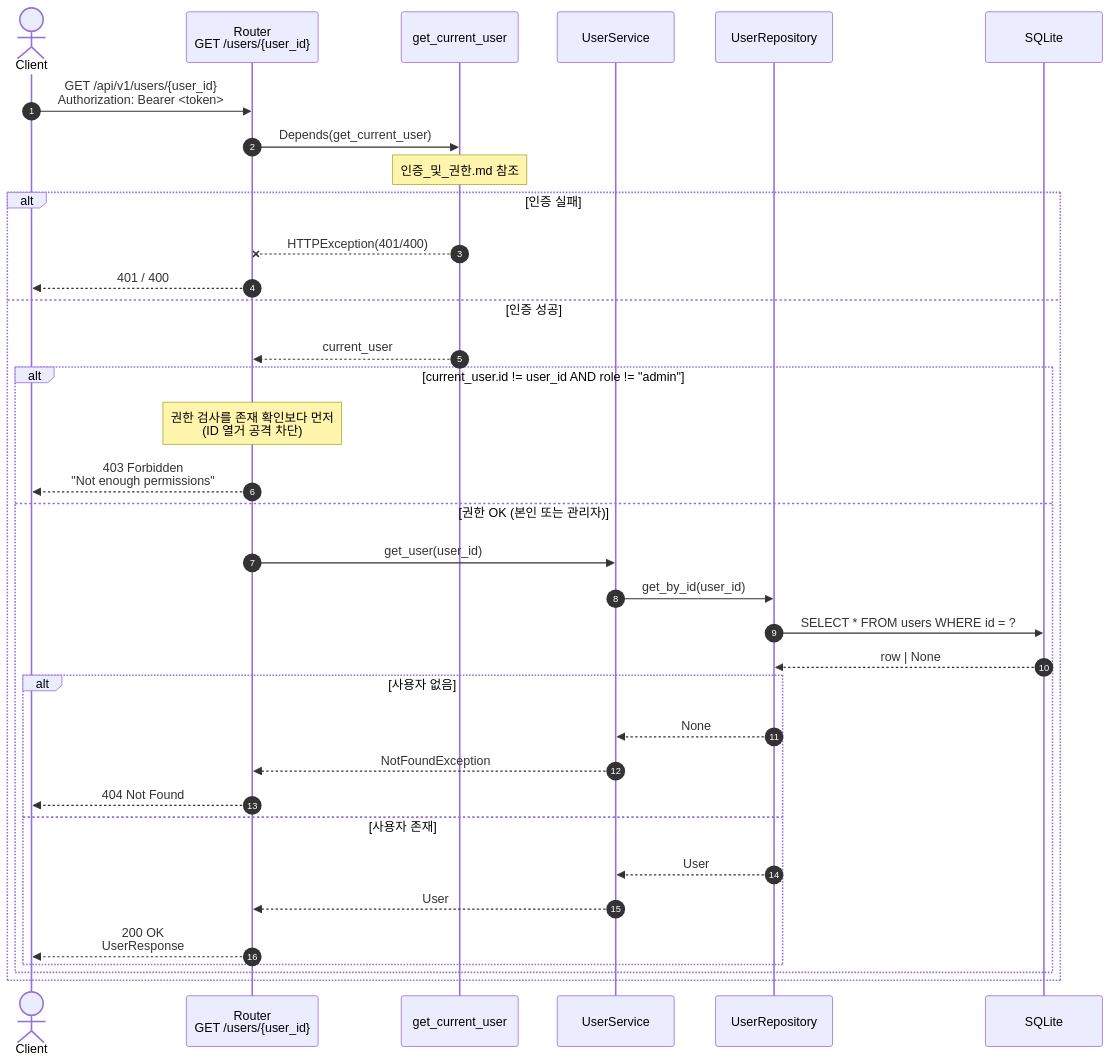
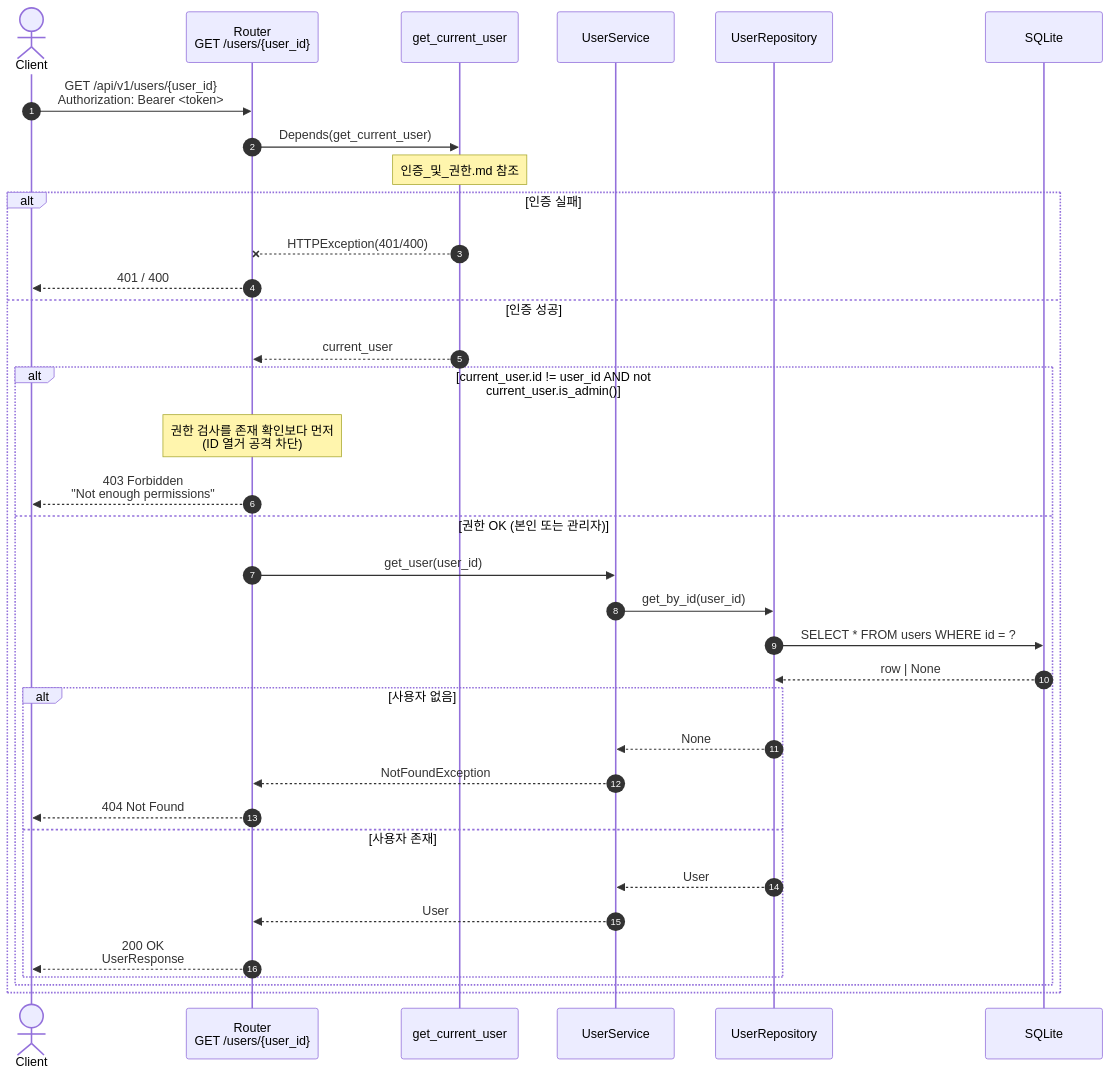
Before and after one commit to hjp7461/fastapi-sample: the third of 3 diagrams in docs/diagram/사용자_프로필.md, drawn with Mermaid. The commit also changed other lines of this file and 9 other files, not shown here.

First line of the commit message:
refactor(user): UserRole 권한 비교를 도메인 메서드로 캡슐화

````diff
--- a/docs/diagram/사용자_프로필.md
+++ b/docs/diagram/사용자_프로필.md
@@ -112,39 +112,39 @@
 ```mermaid
 sequenceDiagram
     autonumber
     actor Client
     participant Router as Router<br/>GET /users/{user_id}
     participant Dep as get_current_user
     participant Service as UserService
     participant Repo as UserRepository
     participant DB as SQLite
 
     Client->>Router: GET /api/v1/users/{user_id}<br/>Authorization: Bearer <token>
     Router->>Dep: Depends(get_current_user)
     Note over Dep: 인증_및_권한.md 참조
 
     alt 인증 실패
         Dep--xRouter: HTTPException(401/400)
         Router-->>Client: 401 / 400
     else 인증 성공
         Dep-->>Router: current_user
-        alt current_user.id != user_id AND role != "admin"
+        alt current_user.id != user_id AND not current_user.is_admin()
             Note over Router: 권한 검사를 존재 확인보다 먼저<br/>(ID 열거 공격 차단)
             Router-->>Client: 403 Forbidden<br/>"Not enough permissions"
         else 권한 OK (본인 또는 관리자)
             Router->>Service: get_user(user_id)
             Service->>Repo: get_by_id(user_id)
             Repo->>DB: SELECT * FROM users WHERE id = ?
             DB-->>Repo: row | None
             alt 사용자 없음
                 Repo-->>Service: None
                 Service-->>Router: NotFoundException
                 Router-->>Client: 404 Not Found
             else 사용자 존재
                 Repo-->>Service: User
                 Service-->>Router: User
                 Router-->>Client: 200 OK<br/>UserResponse
             end
         end
     end
 ```
````
